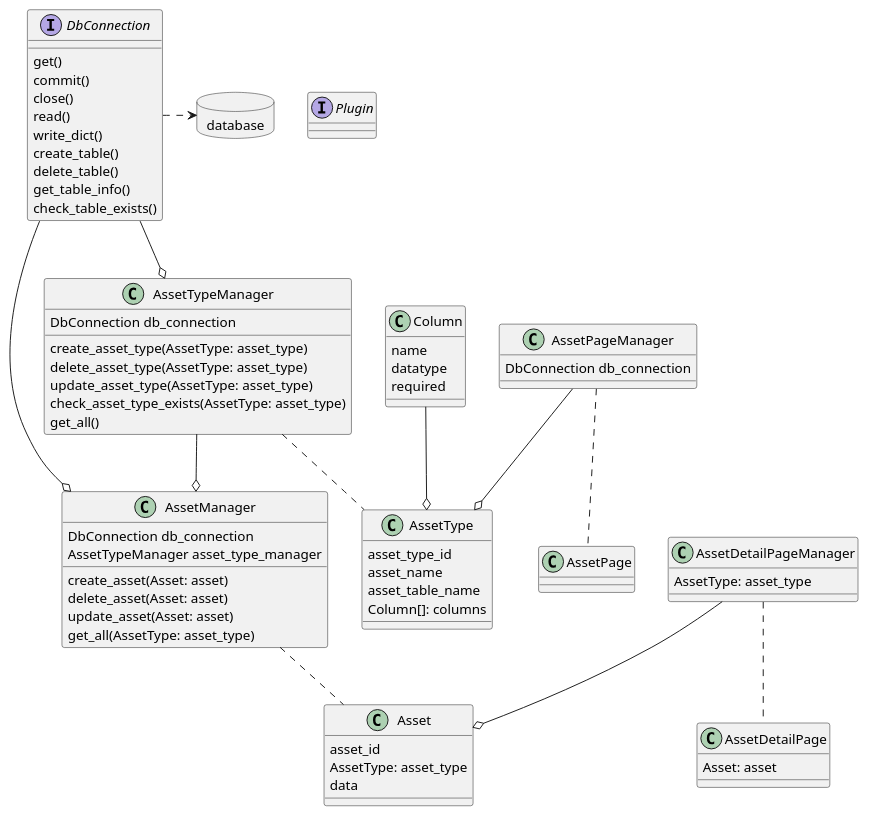
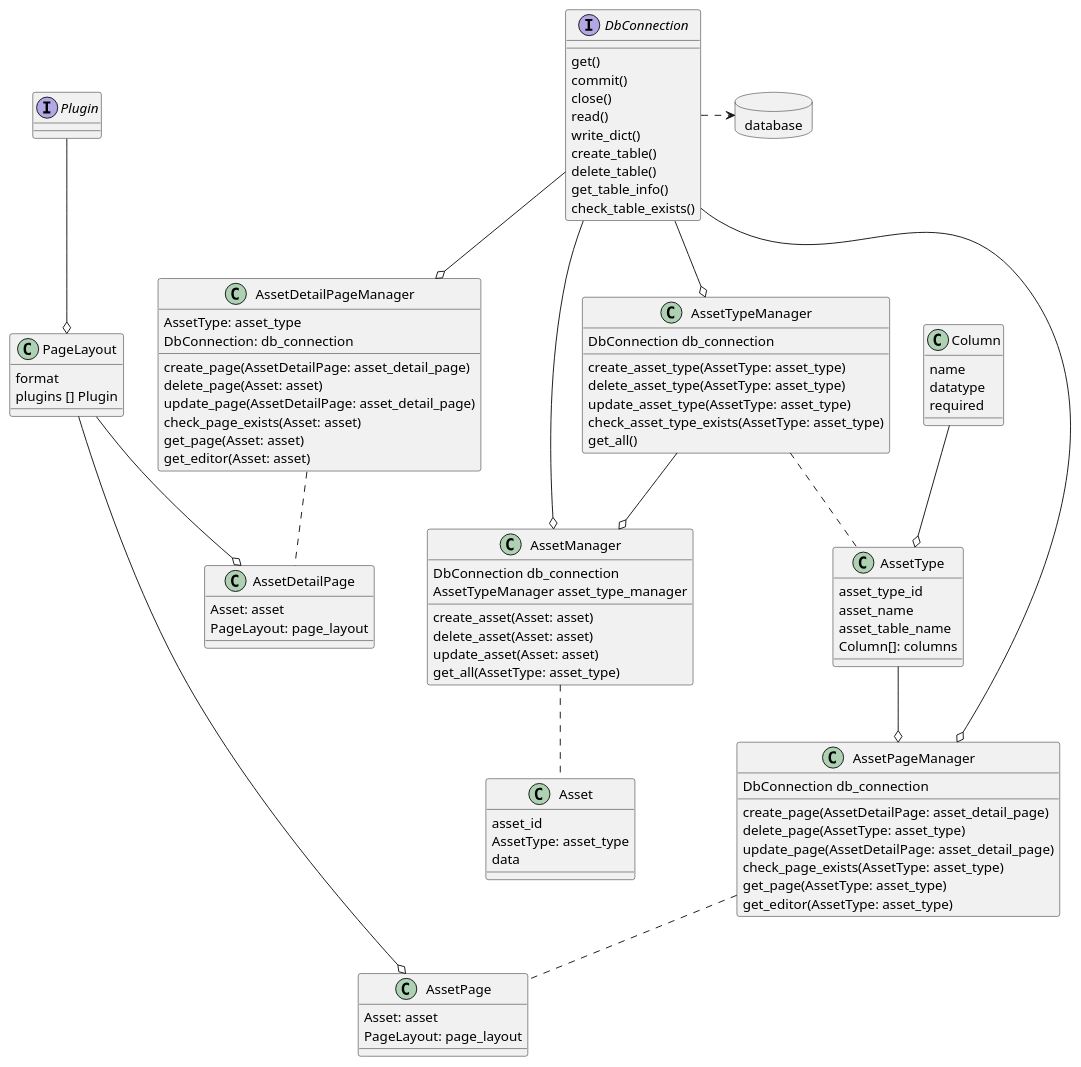
Before and after one commit to PDT42/AnyBase: the diagram in doc/classes.wsd, drawn with PlantUML. The commit also changed 6 other files, not shown here.

```diff
--- a/doc/classes.wsd
+++ b/doc/classes.wsd
@@ -1,88 +1,120 @@
 @startuml test
 
 allow_mixing
 
 class AssetType {
     asset_type_id
     asset_name
     asset_table_name
     Column[]: columns
 }
 
 class Column {
     name
     datatype
     required
 }
 
 class Asset {
     asset_id
     AssetType: asset_type
     data
 }
 
 class AssetTypeManager {
     DbConnection db_connection
     create_asset_type(AssetType: asset_type)
     delete_asset_type(AssetType: asset_type)
     update_asset_type(AssetType: asset_type)
     check_asset_type_exists(AssetType: asset_type)
     get_all()
 }
 
 class AssetPageManager {
     DbConnection db_connection
+    create_page(AssetDetailPage: asset_detail_page)
+    delete_page(AssetType: asset_type)
+    update_page(AssetDetailPage: asset_detail_page)
+    check_page_exists(AssetType: asset_type)
+    get_page(AssetType: asset_type)
+    get_editor(AssetType: asset_type)
 }
 
 class AssetPage {
+    Asset: asset
+    PageLayout: page_layout
+}
 
+class PageLayout {
+    format
+    plugins [] Plugin
 }
 
 class AssetDetailPageManager {
     AssetType: asset_type
+    DbConnection: db_connection
+    create_page(AssetDetailPage: asset_detail_page)
+    delete_page(Asset: asset)
+    update_page(AssetDetailPage: asset_detail_page)
+    check_page_exists(Asset: asset)
+    get_page(Asset: asset)
+    get_editor(Asset: asset)
 }
 
 class AssetDetailPage {
     Asset: asset
+    PageLayout: page_layout
 }
 
 class AssetManager  {
     DbConnection db_connection
     AssetTypeManager asset_type_manager
     create_asset(Asset: asset)
     delete_asset(Asset: asset)
     update_asset(Asset: asset)
     get_all(AssetType: asset_type)
 }
 
 interface DbConnection {
     get()
     commit()
     close()
     read()
     write_dict()
     create_table()
     delete_table()
     get_table_info()
     check_table_exists()
 }
 
 interface Plugin {
 
 }
 
 database database
 
 DbConnection .> database
 DbConnection --o AssetManager
 DbConnection --o AssetTypeManager
+DbConnection --o AssetPageManager
+DbConnection --o AssetDetailPageManager
+
 AssetTypeManager --o AssetManager
 AssetTypeManager .. AssetType
+
 AssetManager .. Asset
+
+AssetType --o AssetPageManager
+
 Column --o AssetType
-AssetPageManager --o AssetType
+
 AssetPageManager .. AssetPage
+
 AssetDetailPageManager .. AssetDetailPage
-AssetDetailPageManager --o Asset
+
+PageLayout --o AssetDetailPage
+PageLayout --o AssetPage
+
+Plugin --o PageLayout
 
 @enduml
```
